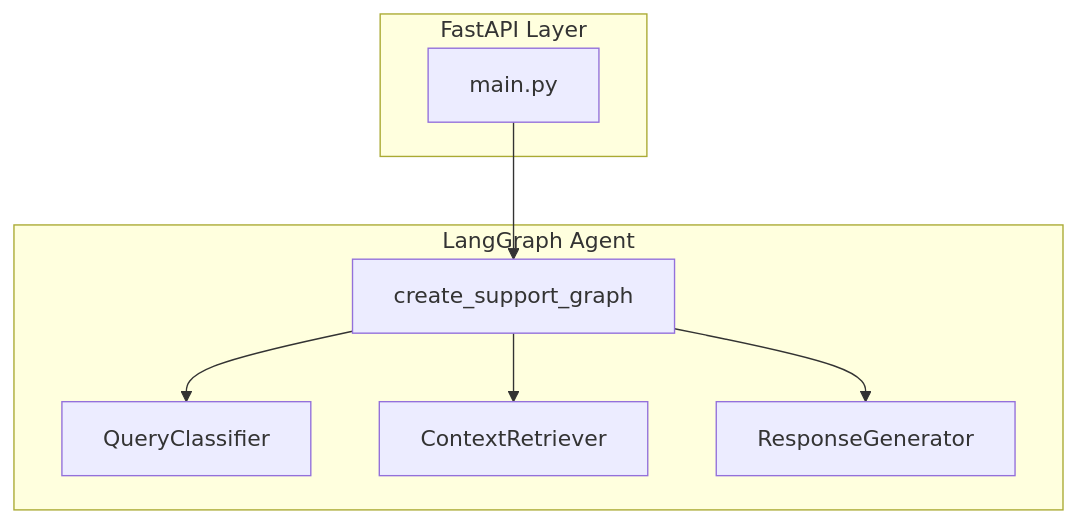
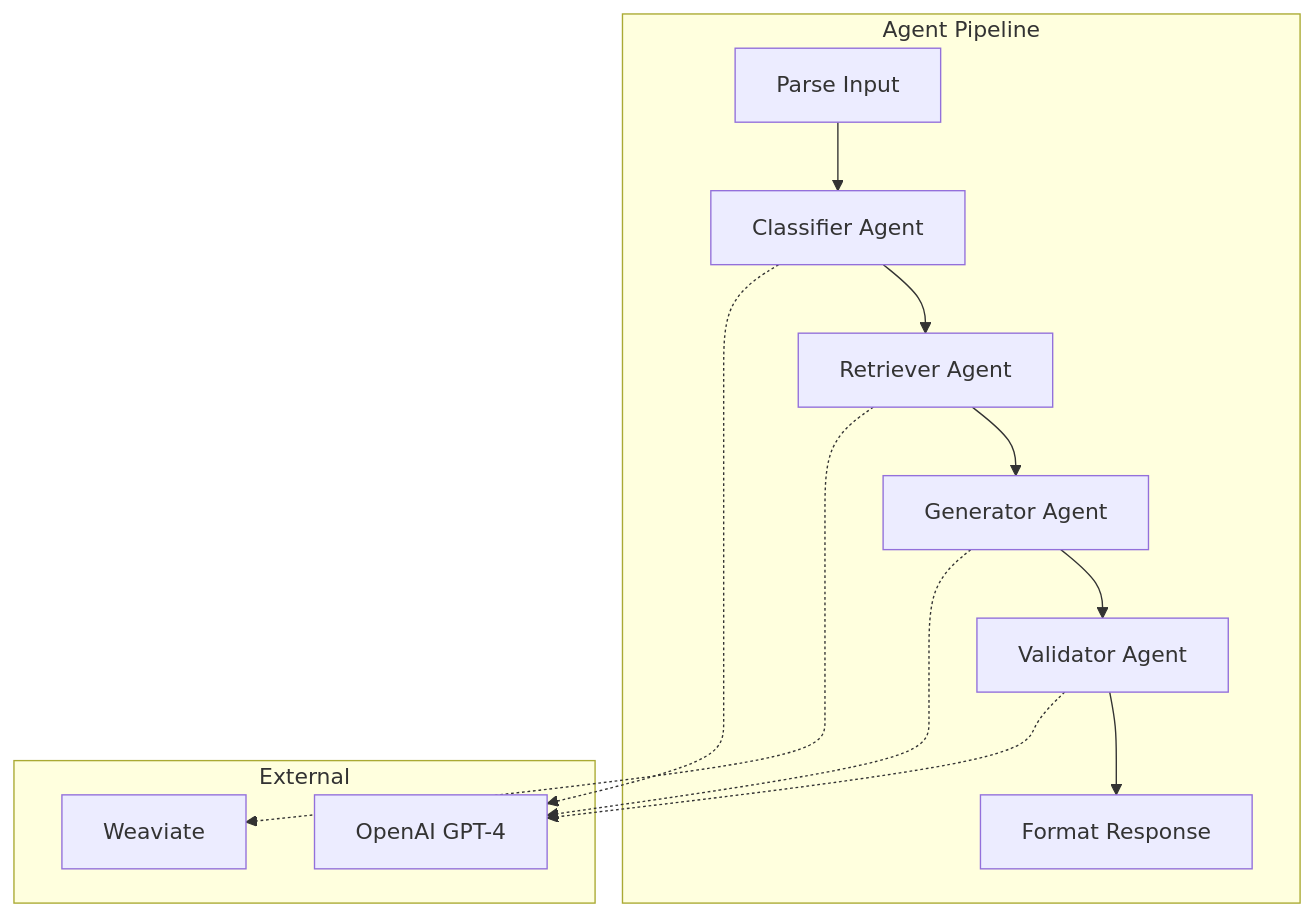
Before and after one commit to Tomadm21/Rag-Support-Agent: the third of 3 diagrams in docs/2. Architecture Overview.md, drawn with Mermaid. The commit also changed other lines of this file and 10 other files, not shown here.

````diff
--- a/docs/2. Architecture Overview.md
+++ b/docs/2. Architecture Overview.md
@@ -41,18 +43,20 @@
 ```mermaid
 graph TB
-  subgraph "FastAPI Layer"
-    API[main.py]
+  subgraph "Agent Pipeline"
+    P[Parse Input] --> C[Classifier Agent]
+    C --> R[Retriever Agent]
+    R --> G[Generator Agent]
+    G --> V[Validator Agent]
+    V --> F[Format Response]
   end
 
-  subgraph "LangGraph Agent"
-    Graph[create_support_graph]
-    Classifier[QueryClassifier]
-    Retriever[ContextRetriever]
-    Generator[ResponseGenerator]
+  subgraph "External"
+    LLM[OpenAI GPT-4]
+    VDB[Weaviate]
   end
 
-  API --> Graph
-  Graph --> Classifier
-  Graph --> Retriever
-  Graph --> Generator
+  C -.-> LLM
+  R -.-> VDB
+  G -.-> LLM
+  V -.-> LLM
 ```
````
